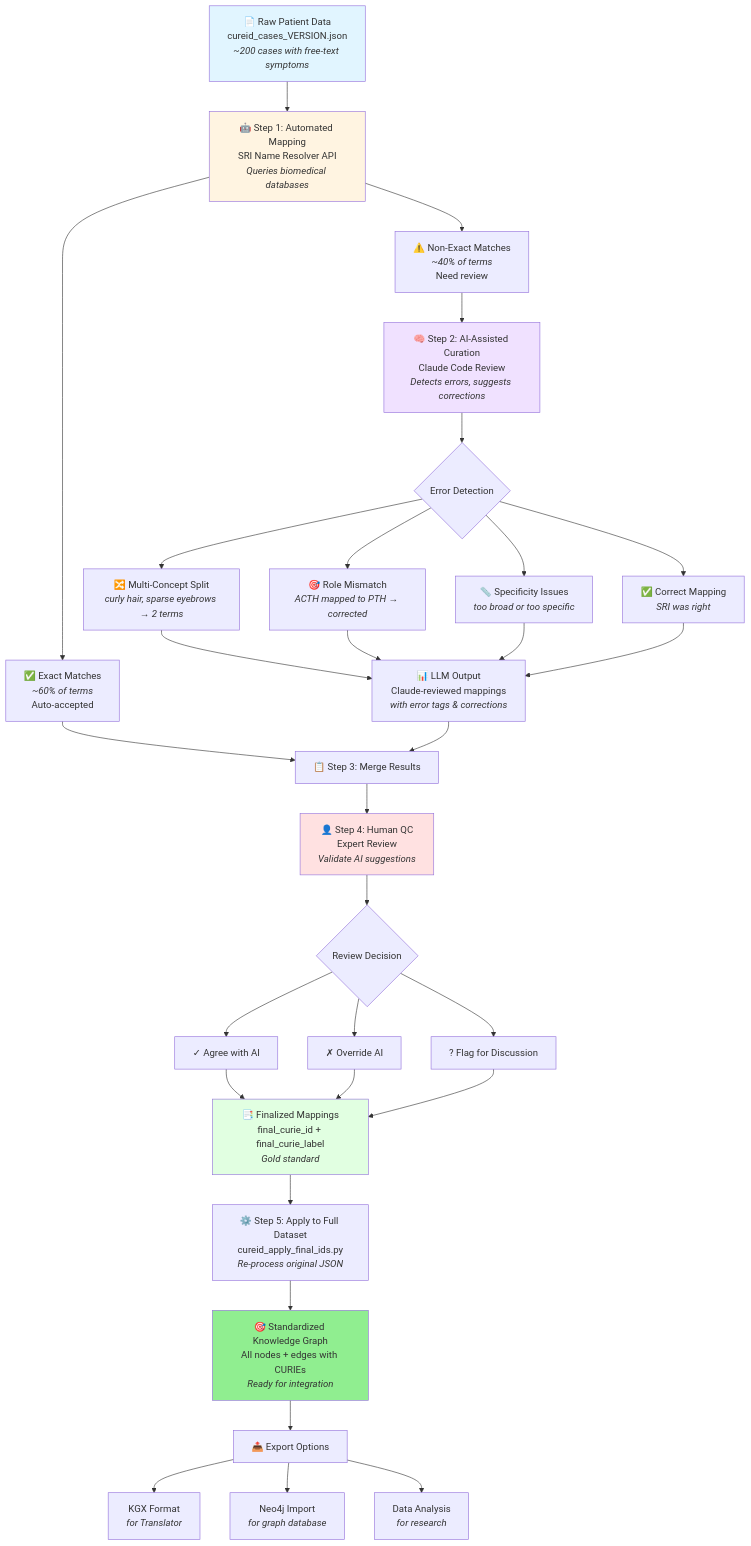
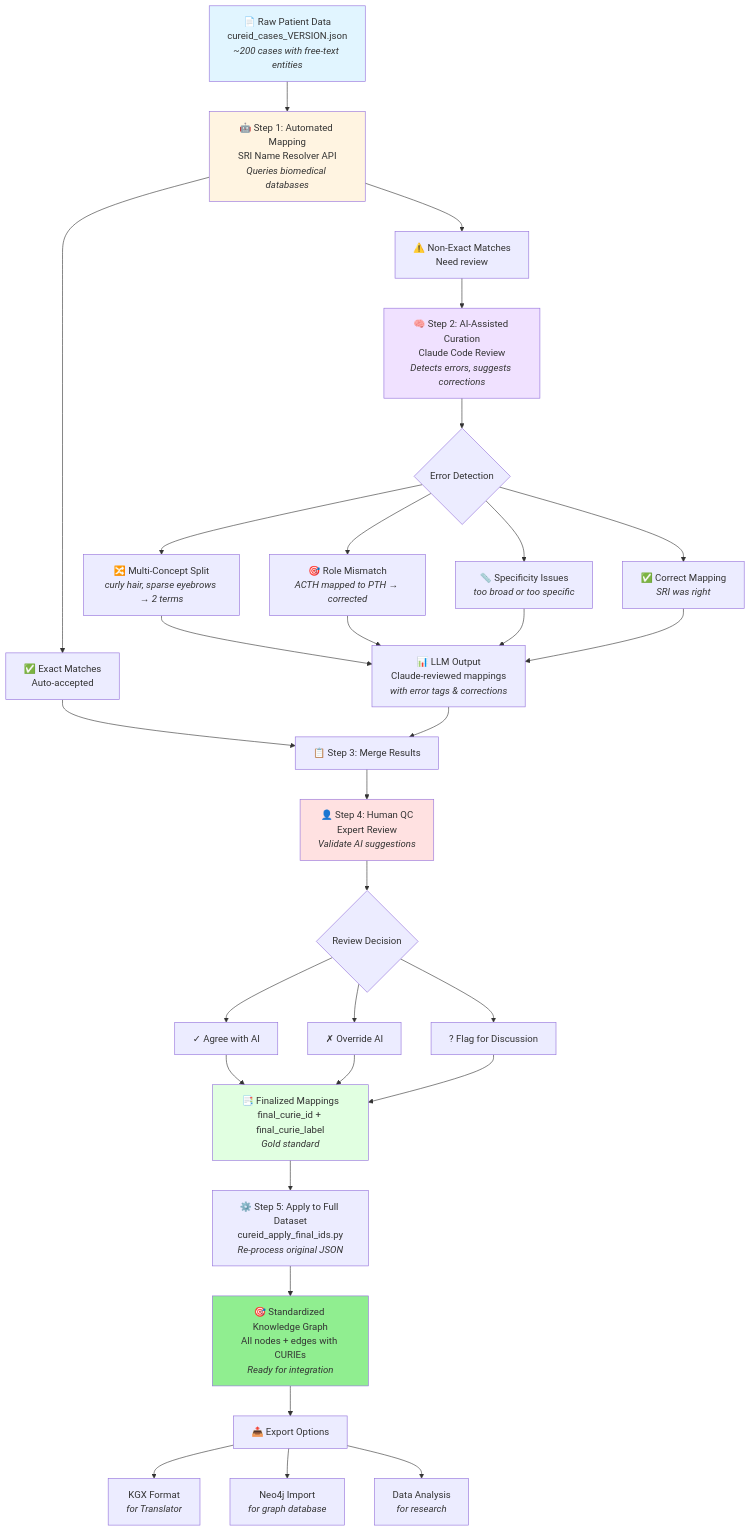
Before and after one commit to ncats/IFX_ODIN: the diagram in entity_resolvers/src/code/ncatsdata/CUREID/PIPELINE_VISUAL.md, drawn with Mermaid. The commit also changed other lines of this file, not shown here.

````diff
--- a/entity_resolvers/src/code/ncatsdata/CUREID/PIPELINE_VISUAL.md
+++ b/entity_resolvers/src/code/ncatsdata/CUREID/PIPELINE_VISUAL.md
@@ -12,53 +12,53 @@
 ```mermaid
 flowchart TD
-    START[📄 Raw Patient Data<br/>cureid_cases_VERSION.json<br/><i>~200 cases with free-text symptoms</i>] --> SRI
+    START[📄 Raw Patient Data<br/>cureid_cases_VERSION.json<br/><i>~200 cases with free-text entities</i>] --> SRI
     
     SRI[🤖 Step 1: Automated Mapping<br/>SRI Name Resolver API<br/><i>Queries biomedical databases</i>]
     
-    SRI --> EXACT[✅ Exact Matches<br/><i>~60% of terms</i><br/>Auto-accepted]
-    SRI --> NONEXACT[⚠️ Non-Exact Matches<br/><i>~40% of terms</i><br/>Need review]
+    SRI --> EXACT[✅ Exact Matches<br/>Auto-accepted]
+    SRI --> NONEXACT[⚠️ Non-Exact Matches<br/>Need review]
     
     NONEXACT --> LLM[🧠 Step 2: AI-Assisted Curation<br/>Claude Code Review<br/><i>Detects errors, suggests corrections</i>]
     
     LLM --> ERRORS{Error Detection}
     
     ERRORS --> SPLIT[🔀 Multi-Concept Split<br/><i>curly hair, sparse eyebrows → 2 terms</i>]
     ERRORS --> ROLE[🎯 Role Mismatch<br/><i>ACTH mapped to PTH → corrected</i>]
     ERRORS --> SPEC[📏 Specificity Issues<br/><i>too broad or too specific</i>]
     ERRORS --> KEEP[✅ Correct Mapping<br/><i>SRI was right</i>]
     
     SPLIT --> LLMOUT[📊 LLM Output<br/>Claude-reviewed mappings<br/><i>with error tags & corrections</i>]
     ROLE --> LLMOUT
     SPEC --> LLMOUT
     KEEP --> LLMOUT
     
     EXACT --> MERGE[📋 Step 3: Merge Results]
     LLMOUT --> MERGE
     
     MERGE --> HUMAN[👤 Step 4: Human QC<br/>Expert Review<br/><i>Validate AI suggestions</i>]
     
     HUMAN --> QC{Review Decision}
     QC --> AGREE[✓ Agree with AI]
     QC --> DISAGREE[✗ Override AI]
     QC --> UNSURE[? Flag for Discussion]
     
     AGREE --> FINAL
     DISAGREE --> FINAL[📑 Finalized Mappings<br/>final_curie_id + final_curie_label<br/><i>Gold standard</i>]
     UNSURE --> FINAL
     
     FINAL --> APPLY[⚙️ Step 5: Apply to Full Dataset<br/>cureid_apply_final_ids.py<br/><i>Re-process original JSON</i>]
     
     APPLY --> OUTPUT[🎯 Standardized Knowledge Graph<br/>All nodes + edges with CURIEs<br/><i>Ready for integration</i>]
     
     OUTPUT --> EXPORT[📤 Export Options]
     EXPORT --> KGX[KGX Format<br/><i>for Translator</i>]
     EXPORT --> NEO4J[Neo4j Import<br/><i>for graph database</i>]
     EXPORT --> ANALYSIS[Data Analysis<br/><i>for research</i>]
     
     style START fill:#e1f5ff
     style SRI fill:#fff4e1
     style LLM fill:#f0e1ff
     style HUMAN fill:#ffe1e1
     style FINAL fill:#e1ffe1
     style OUTPUT fill:#90EE90
 ```
````
